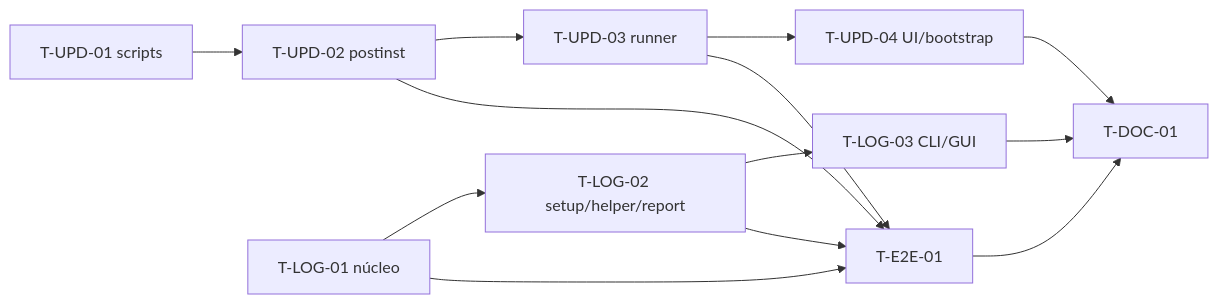
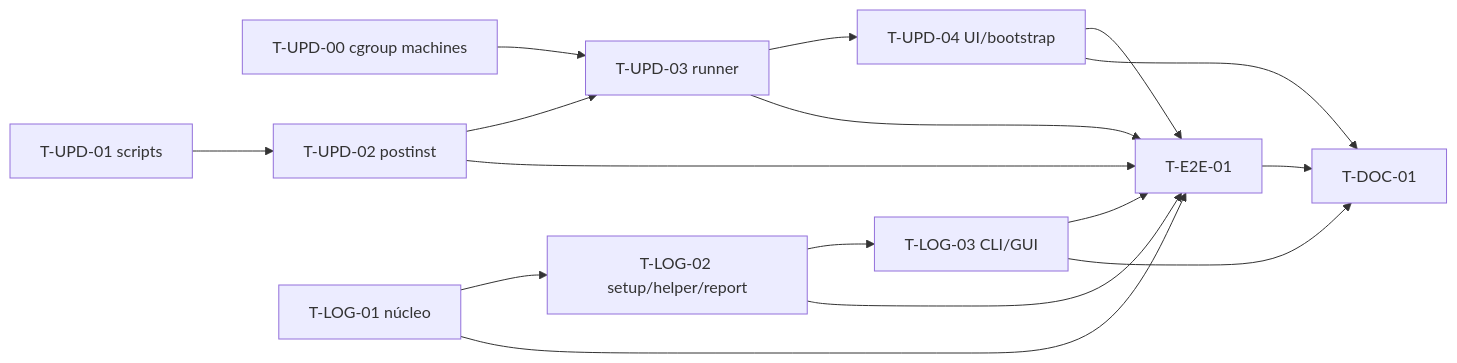
The diagram in docs/specs/002-update-seguro-logs-debug/tasks.md (marcos2872/podstack), drawn with Mermaid before and after one commit. The commit also changed other lines of this file and 5 other files, not shown here.

````diff
--- a/docs/specs/002-update-seguro-logs-debug/tasks.md
+++ b/docs/specs/002-update-seguro-logs-debug/tasks.md
@@ -38,15 +39,18 @@
 ```mermaid
 flowchart LR
+  T0[T-UPD-00 cgroup machines] --> T3[T-UPD-03 runner]
   T1[T-UPD-01 scripts] --> T2[T-UPD-02 postinst]
-  T2 --> T3[T-UPD-03 runner]
+  T2 --> T3
   T3 --> T4[T-UPD-04 UI/bootstrap]
   L1[T-LOG-01 núcleo] --> L2[T-LOG-02 setup/helper/report]
   L2 --> L3[T-LOG-03 CLI/GUI]
   T2 --> E[T-E2E-01]
   T3 --> E
+  T4 --> E
   L1 --> E
   L2 --> E
+  L3 --> E
   T4 --> D[T-DOC-01]
   L3 --> D
   E --> D
 ```
````
